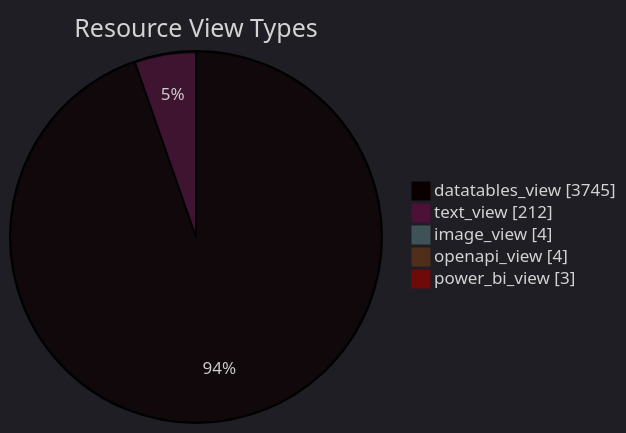
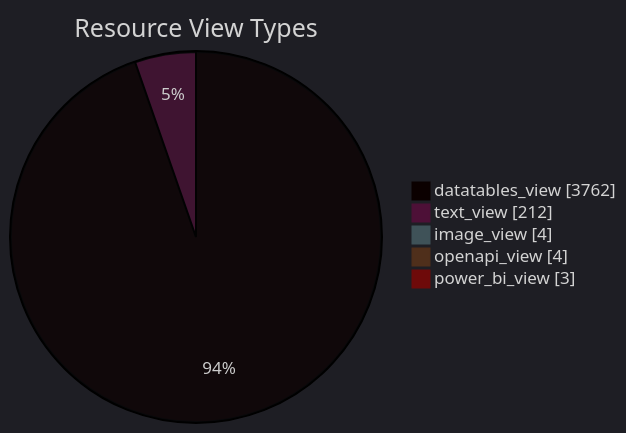
Before and after one commit to open-data/analytics-corporate-reporting: the diagram in datastore_tracker/resource_view_types_pie_chart.md, drawn with Mermaid. The commit also changed 15 other files, not shown here.

````diff
--- a/datastore_tracker/resource_view_types_pie_chart.md
+++ b/datastore_tracker/resource_view_types_pie_chart.md
@@ -2,12 +2,12 @@
 ```mermaid
 ---
 config:
   theme: dark
 ---
 pie showData title Resource View Types
-    "datatables_view": 3745
+    "datatables_view": 3762
     "text_view": 212
     "image_view": 4
     "openapi_view": 4
     "power_bi_view": 3
 ```
````
